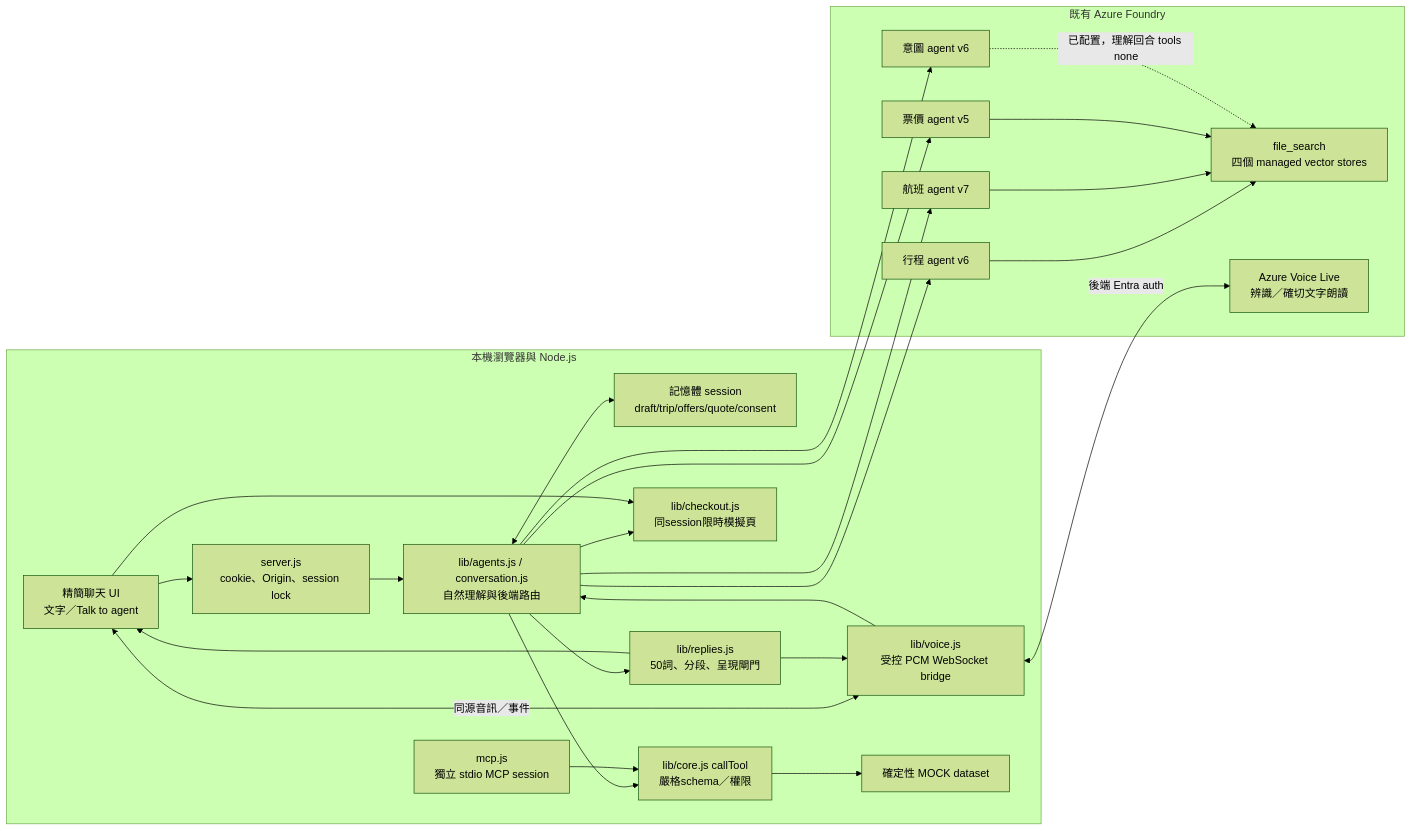
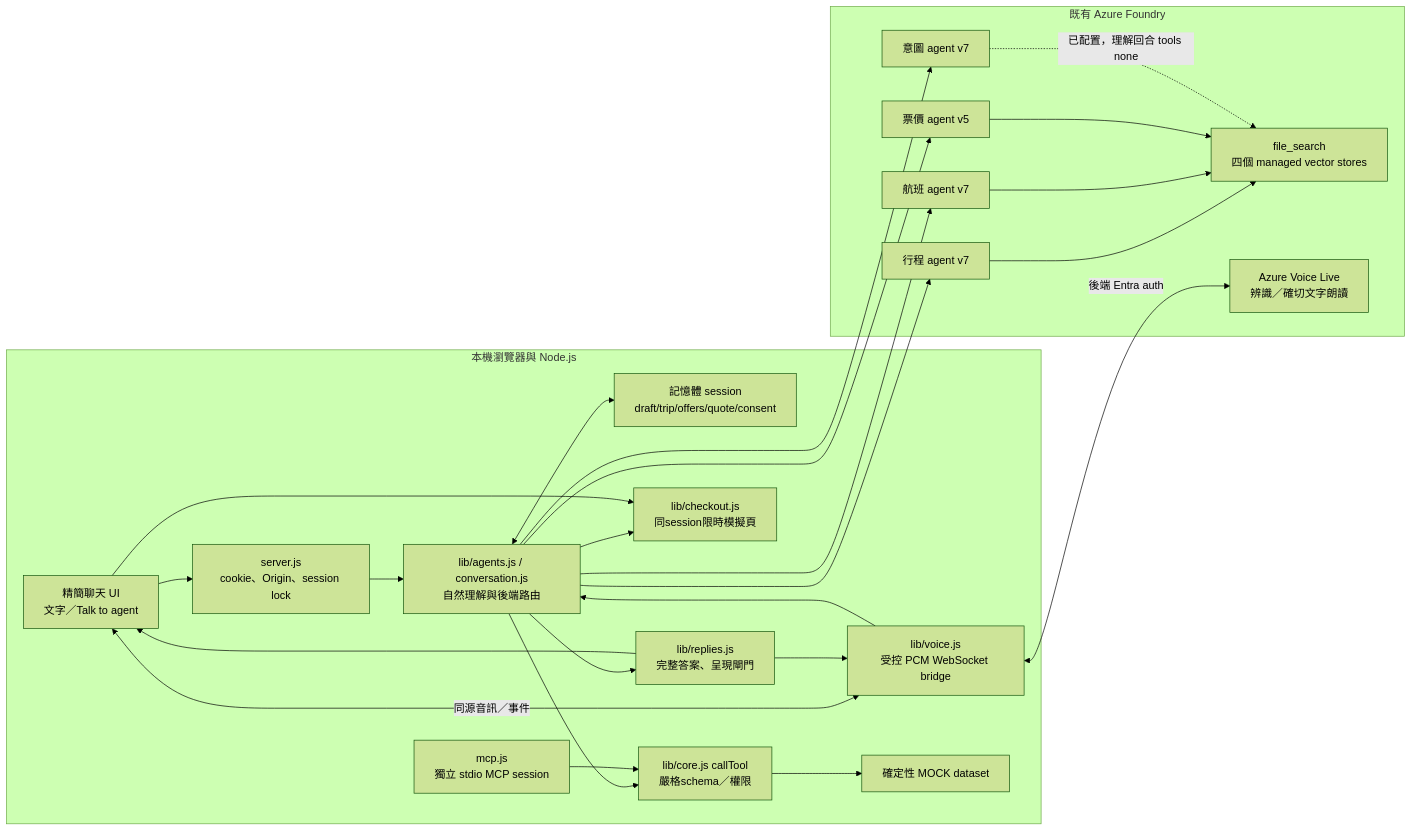
One commit to punmeng/travel-agent-with-voice-live changed the first of 4 diagrams in docs/SYSTEM-DESIGN.md. Above: the diagram before and after it, drawn with Mermaid (forest theme). The commit also changed other lines of this file and 60 other files, not shown here.

First line of the commit message:
Consolidate shared journey and voice flows with review cleanup

````diff
--- a/docs/SYSTEM-DESIGN.md
+++ b/docs/SYSTEM-DESIGN.md
@@ -64,37 +64,37 @@
 ```mermaid
 flowchart LR
   subgraph Local["本機瀏覽器與 Node.js"]
     UI["精簡聊天 UI<br/>文字／Talk to agent"]
     HTTP["server.js<br/>cookie、Origin、session lock"]
     Voice["lib/voice.js<br/>受控 PCM WebSocket bridge"]
     Orchestrator["lib/agents.js / conversation.js<br/>自然理解與後端路由"]
     State["記憶體 session<br/>draft/trip/offers/quote/consent"]
-    Replies["lib/replies.js<br/>50詞、分段、呈現閘門"]
+    Replies["lib/replies.js<br/>完整答案、呈現閘門"]
     Tools["lib/core.js callTool<br/>嚴格schema／權限"]
     Data["確定性 MOCK dataset"]
     Checkout["lib/checkout.js<br/>同session限時模擬頁"]
     MCP["mcp.js<br/>獨立 stdio MCP session"]
   end
   subgraph Azure["既有 Azure Foundry"]
-    Intent["意圖 agent v6"]
-    Planner["行程 agent v6"]
+    Intent["意圖 agent v7"]
+    Planner["行程 agent v7"]
     Flight["航班 agent v7"]
     Price["票價 agent v5"]
     Search["file_search<br/>四個 managed vector stores"]
     VL["Azure Voice Live<br/>辨識／確切文字朗讀"]
   end
   UI --> HTTP --> Orchestrator
   UI <-->|同源音訊／事件| Voice
   Voice <-->|後端 Entra auth| VL
   Voice --> Orchestrator
   Orchestrator <--> State
   Orchestrator --> Intent & Planner & Flight & Price
   Planner & Flight & Price --> Search
   Intent -.已配置，理解回合 tools none.-> Search
   Orchestrator --> Tools --> Data
   MCP --> Tools
   Orchestrator --> Replies --> UI
   Replies --> Voice
   Orchestrator --> Checkout
   UI --> Checkout
 ```
````
